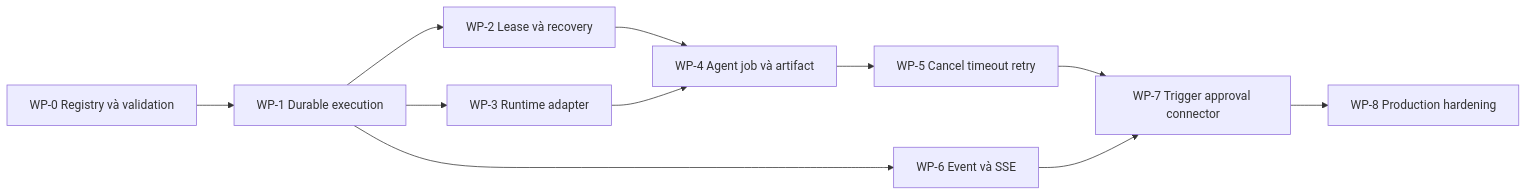
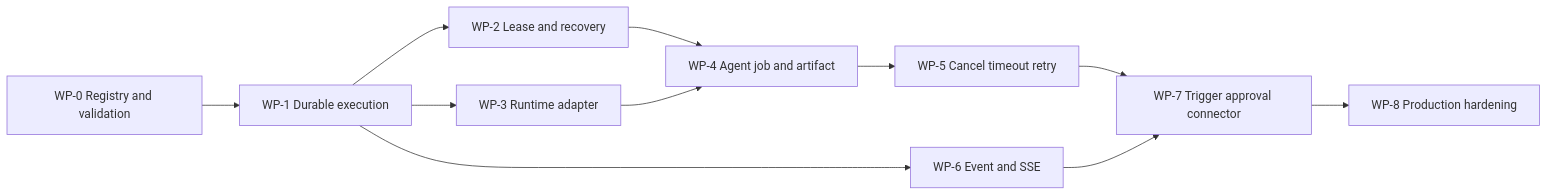
One commit to ndthangit/AgentFlow changed the diagram in docs/core-runtime-implementation-plan.md. Above: the diagram before and after it, drawn with Mermaid. The commit also changed other lines of this file and 39 other files, not shown here.

````diff
--- a/docs/core-runtime-implementation-plan.md
+++ b/docs/core-runtime-implementation-plan.md
@@ -66,13 +66,13 @@
 ```mermaid
 flowchart LR
-    A[WP-0 Registry và validation] --> B[WP-1 Durable execution]
-    B --> C[WP-2 Lease và recovery]
+    A[WP-0 Registry and validation] --> B[WP-1 Durable execution]
+    B --> C[WP-2 Lease and recovery]
     B --> D[WP-3 Runtime adapter]
-    C --> E[WP-4 Agent job và artifact]
+    C --> E[WP-4 Agent job and artifact]
     D --> E
     E --> F[WP-5 Cancel timeout retry]
-    B --> G[WP-6 Event và SSE]
+    B --> G[WP-6 Event and SSE]
     F --> H[WP-7 Trigger approval connector]
     G --> H
     H --> I[WP-8 Production hardening]
 ```
````
